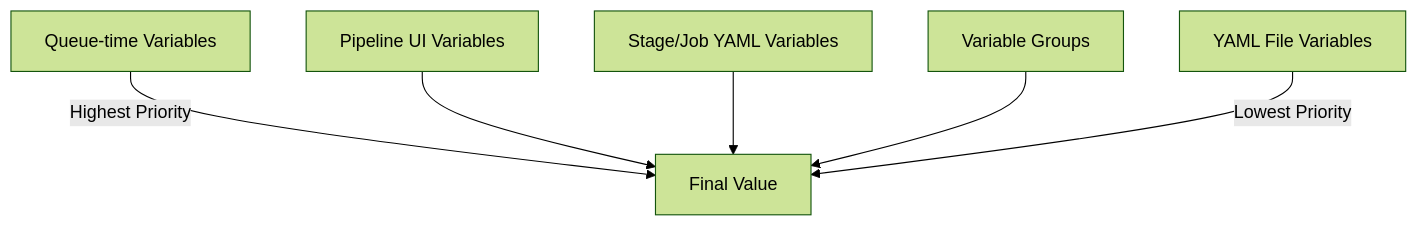
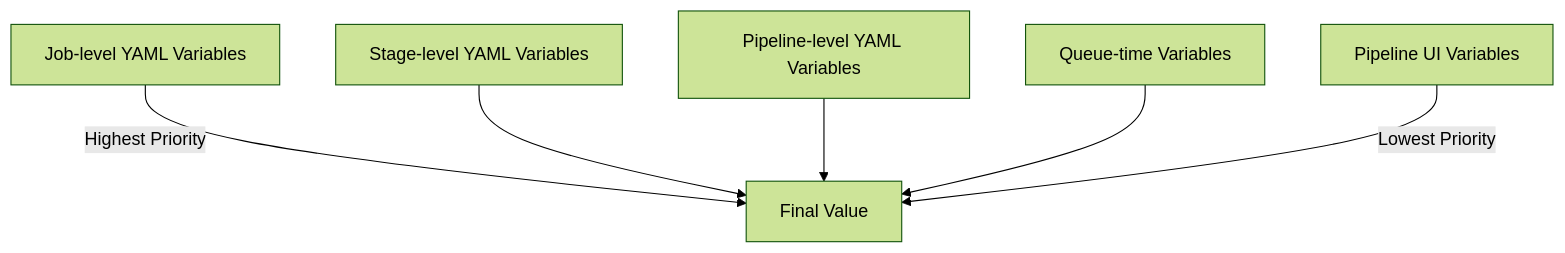
One commit to OneUptime/blog changed the diagram in posts/2026-02-16-how-to-use-variable-groups-and-secret-variables-in-azure-pipelines-yaml/README.md. Above: the diagram before and after it, drawn with Mermaid (forest theme). The commit also changed other lines of this file and 2 other files, not shown here.

Commit message:
validate: 2026-02-16-how-to-use-variable-groups-and-secret-variables-in-azure-pipelines-yaml

````diff
--- a/posts/2026-02-16-how-to-use-variable-groups-and-secret-variables-in-azure-pipelines-yaml/README.md
+++ b/posts/2026-02-16-how-to-use-variable-groups-and-secret-variables-in-azure-pipelines-yaml/README.md
@@ -191,8 +184,8 @@
 ```mermaid
 graph TD
-    A[Queue-time Variables] -->|Highest Priority| F[Final Value]
-    B[Pipeline UI Variables] --> F
-    C[Stage/Job YAML Variables] --> F
-    D[Variable Groups] --> F
-    E[YAML File Variables] -->|Lowest Priority| F
+    A[Job-level YAML Variables] -->|Highest Priority| F[Final Value]
+    B[Stage-level YAML Variables] --> F
+    C[Pipeline-level YAML Variables] --> F
+    D[Queue-time Variables] --> F
+    E[Pipeline UI Variables] -->|Lowest Priority| F
 ```
````
